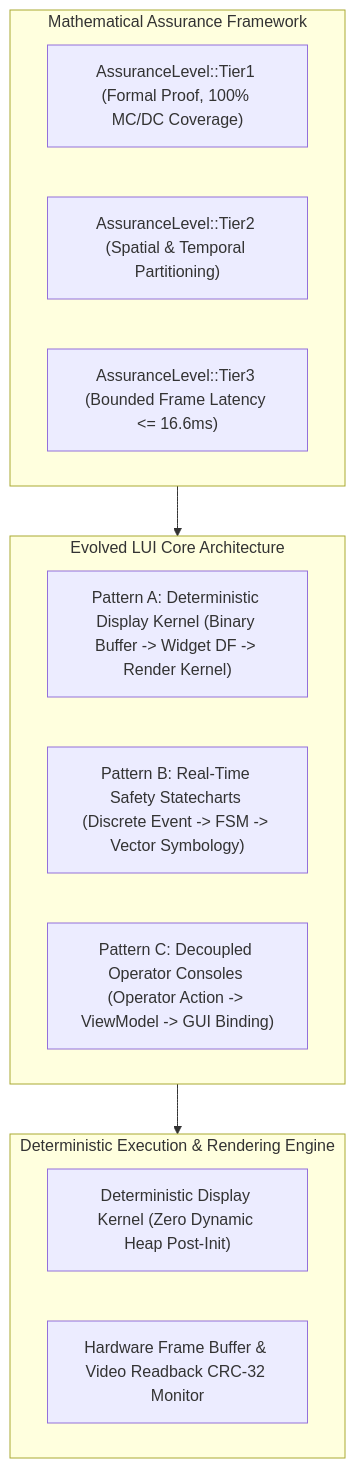
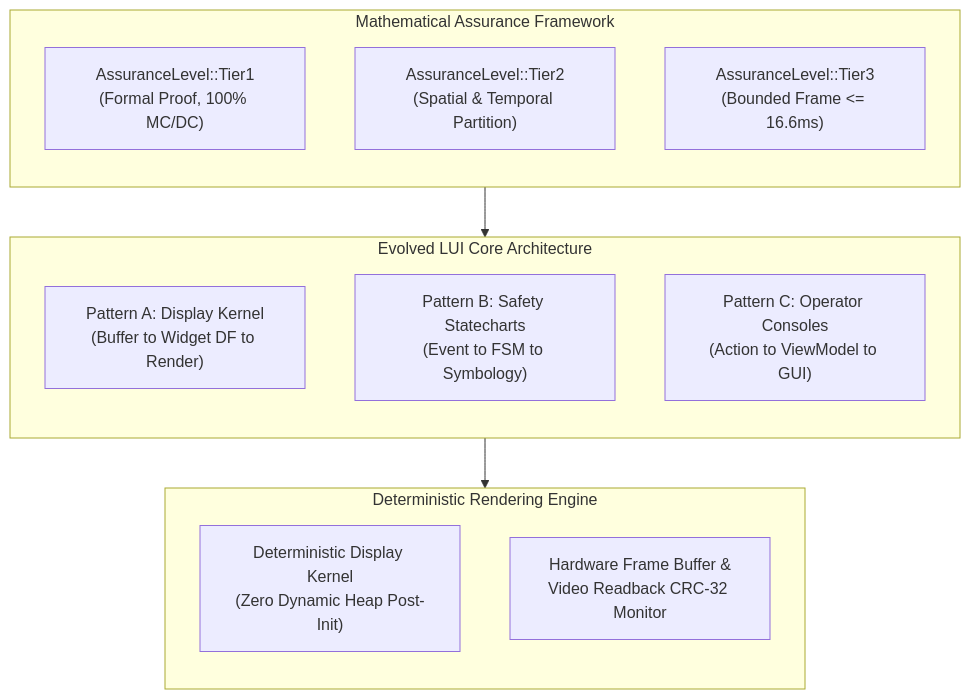
The first of 6 diagrams in docs/architecture/blueprints/SAFETY_CRITICAL_REALTIME_UI_FRAMEWORK.md (gintatkinson/DEAP01-spec-core), drawn with Mermaid before and after one commit. The commit also changed other lines of this file and 28 other files, not shown here.

````diff
--- a/docs/architecture/blueprints/SAFETY_CRITICAL_REALTIME_UI_FRAMEWORK.md
+++ b/docs/architecture/blueprints/SAFETY_CRITICAL_REALTIME_UI_FRAMEWORK.md
@@ -43,22 +43,25 @@
 ```mermaid
 flowchart TD
     subgraph AssuranceTier ["Mathematical Assurance Framework"]
-        Tier1["AssuranceLevel::Tier1 (Formal Proof, 100% MC/DC Coverage)"]
-        Tier2["AssuranceLevel::Tier2 (Spatial & Temporal Partitioning)"]
-        Tier3["AssuranceLevel::Tier3 (Bounded Frame Latency <= 16.6ms)"]
+        direction TB
+        Tier1["AssuranceLevel::Tier1<br/>(Formal Proof, 100% MC/DC)"]
+        Tier2["AssuranceLevel::Tier2<br/>(Spatial & Temporal Partition)"]
+        Tier3["AssuranceLevel::Tier3<br/>(Bounded Frame <= 16.6ms)"]
     end
 
     subgraph Architecture ["Evolved LUI Core Architecture"]
-        PatA["Pattern A: Deterministic Display Kernel (Binary Buffer -> Widget DF -> Render Kernel)"]
-        PatB["Pattern B: Real-Time Safety Statecharts (Discrete Event -> FSM -> Vector Symbology)"]
-        PatC["Pattern C: Decoupled Operator Consoles (Operator Action -> ViewModel -> GUI Binding)"]
+        direction TB
+        PatA["Pattern A: Display Kernel<br/>(Buffer to Widget DF to Render)"]
+        PatB["Pattern B: Safety Statecharts<br/>(Event to FSM to Symbology)"]
+        PatC["Pattern C: Operator Consoles<br/>(Action to ViewModel to GUI)"]
     end
 
-    subgraph Hardware ["Deterministic Execution & Rendering Engine"]
-        DisplayKernel["Deterministic Display Kernel (Zero Dynamic Heap Post-Init)"]
-        FrameBuffer["Hardware Frame Buffer & Video Readback CRC-32 Monitor"]
+    subgraph Hardware ["Deterministic Rendering Engine"]
+        direction TB
+        DisplayKernel["Deterministic Display Kernel<br/>(Zero Dynamic Heap Post-Init)"]
+        FrameBuffer["Hardware Frame Buffer &<br/>Video Readback CRC-32 Monitor"]
     end
 
     AssuranceTier --> Architecture
     Architecture --> Hardware
 ```
````
